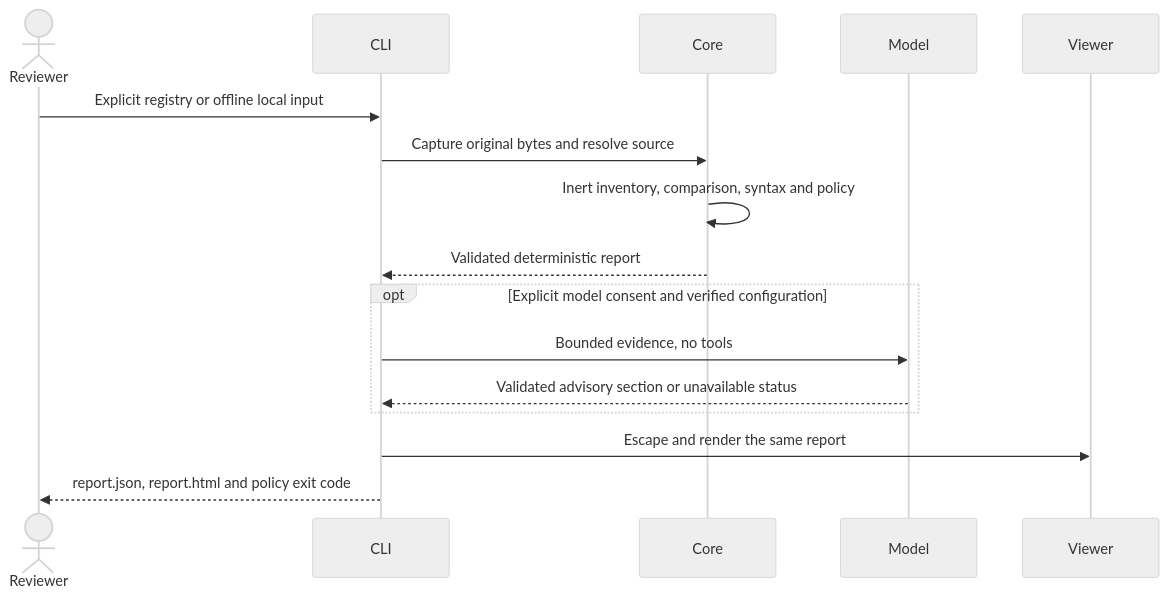
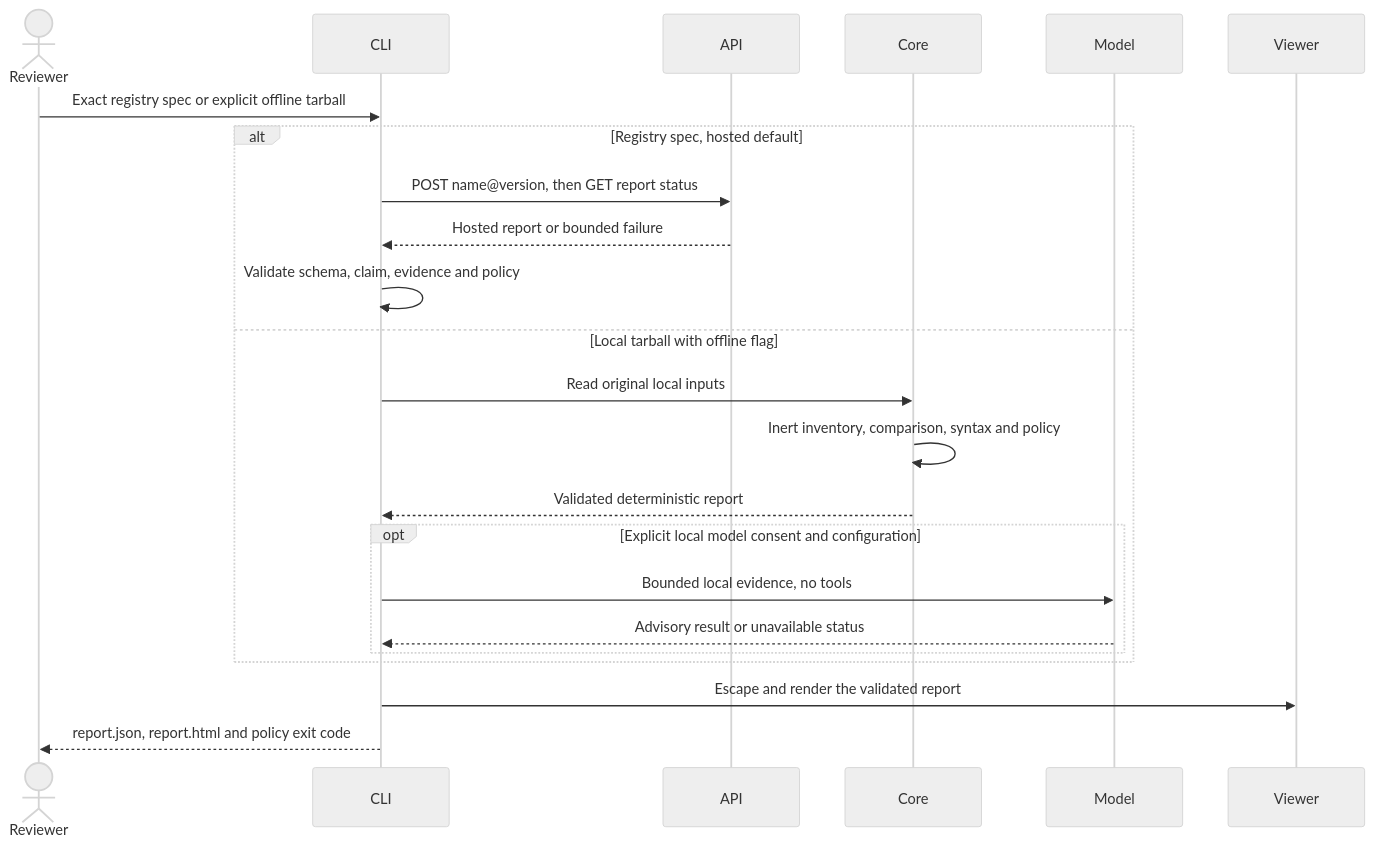
Before and after one commit to Vaiditya2207/unmask: the fourth of 6 diagrams in docs/architecture.md, drawn with Mermaid (neutral theme). The commit also changed other lines of this file and 4 other files, not shown here.

````diff
--- a/docs/architecture.md
+++ b/docs/architecture.md
@@ -195,18 +189,25 @@
 ```mermaid
 sequenceDiagram
   actor Reviewer
   participant CLI
+  participant API
   participant Core
   participant Model
   participant Viewer
-  Reviewer->>CLI: Explicit registry or offline local input
-  CLI->>Core: Capture original bytes and resolve source
-  Core->>Core: Inert inventory, comparison, syntax and policy
-  Core-->>CLI: Validated deterministic report
-  opt Explicit model consent and verified configuration
-    CLI->>Model: Bounded evidence, no tools
-    Model-->>CLI: Validated advisory section or unavailable status
+  Reviewer->>CLI: Exact registry spec or explicit offline tarball
+  alt Registry spec, hosted default
+    CLI->>API: POST name@version, then GET report status
+    API-->>CLI: Hosted report or bounded failure
+    CLI->>CLI: Validate schema, claim, evidence and policy
+  else Local tarball with offline flag
+    CLI->>Core: Read original local inputs
+    Core->>Core: Inert inventory, comparison, syntax and policy
+    Core-->>CLI: Validated deterministic report
+    opt Explicit local model consent and configuration
+      CLI->>Model: Bounded local evidence, no tools
+      Model-->>CLI: Advisory result or unavailable status
+    end
   end
-  CLI->>Viewer: Escape and render the same report
+  CLI->>Viewer: Escape and render the validated report
   CLI-->>Reviewer: report.json, report.html and policy exit code
 ```
````
